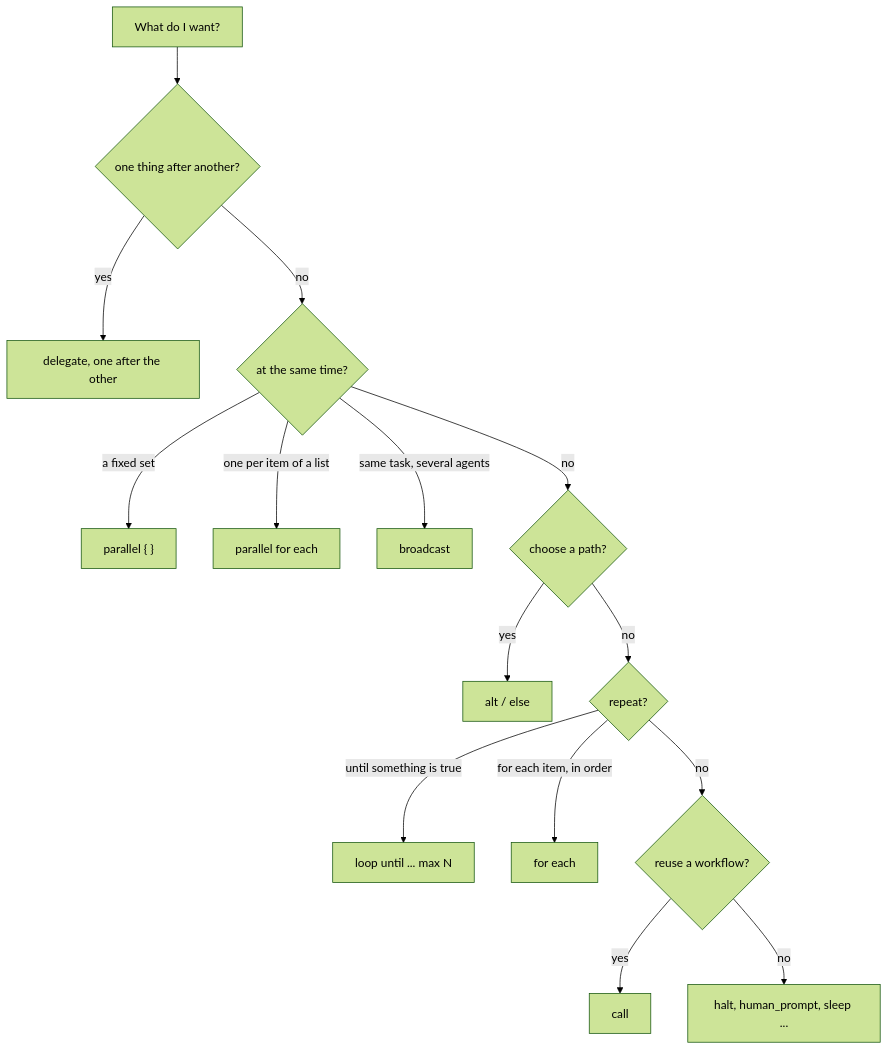
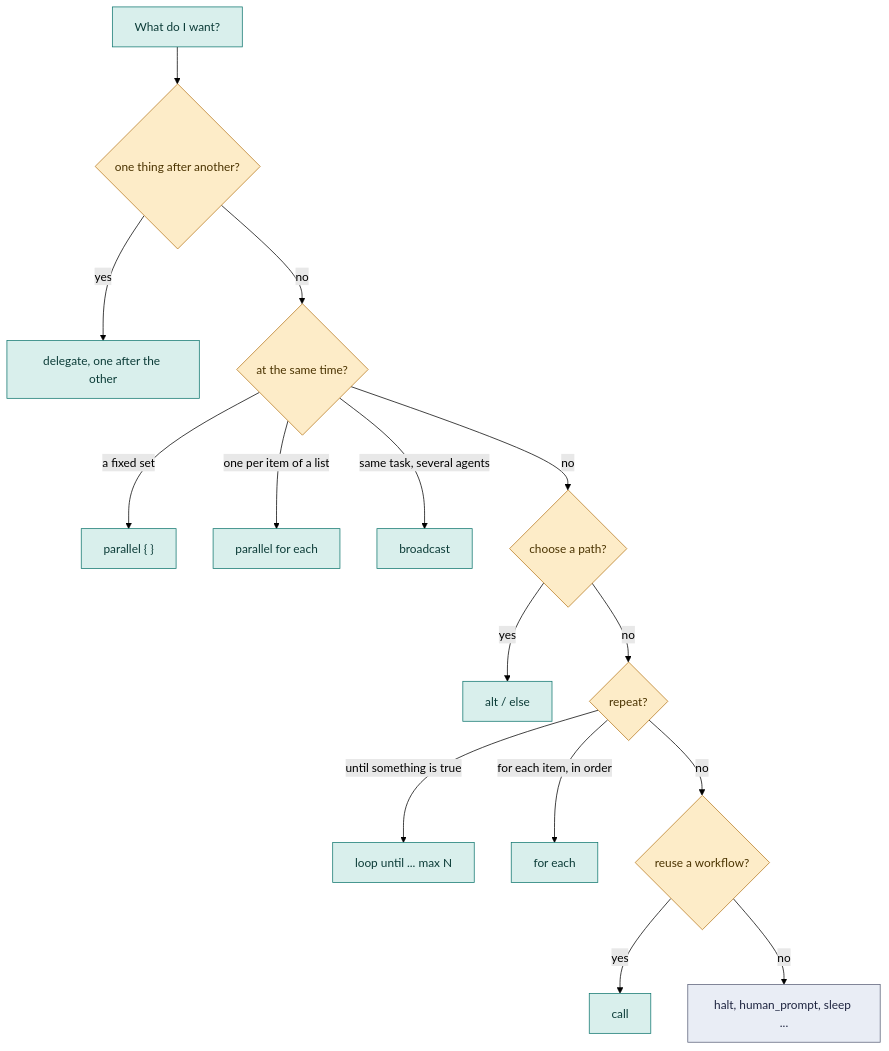
One commit to srijithunni7182/llm4j changed the first of 4 diagrams in docs/tutorial/04-control-flow.md. Above: the diagram before and after it, drawn with Mermaid (forest theme). The commit also changed other lines of this file and 13 other files, not shown here.

First line of the commit message:
docs: give the tutorial's diagrams meaningful colours

````diff
--- a/docs/tutorial/04-control-flow.md
+++ b/docs/tutorial/04-control-flow.md
@@ -24,17 +24,23 @@
 ```mermaid
 flowchart TD
   Q["What do I want?"] --> A{"one thing after another?"}
   A -- yes --> D["delegate, one after the other"]
   A -- no --> B{"at the same time?"}
   B -- "a fixed set" --> P["parallel { }"]
   B -- "one per item of a list" --> PF["parallel for each"]
   B -- "same task, several agents" --> BC["broadcast"]
   B -- no --> C{"choose a path?"}
   C -- yes --> AL["alt / else"]
   C -- no --> E{"repeat?"}
   E -- "until something is true" --> LP["loop until ... max N"]
   E -- "for each item, in order" --> FE["for each"]
   E -- no --> F{"reuse a workflow?"}
   F -- yes --> CL["call"]
   F -- no --> H["halt, human_prompt, sleep ..."]
+  classDef step fill:#d9efec,stroke:#0f766e,color:#0b3b37
+  classDef decision fill:#fdecc8,stroke:#b7791f,color:#4a3300
+  class Q,D,P,PF,BC,AL,LP,FE,CL step
+  class A,B,C,E,F decision
+  classDef edge fill:#e9edf5,stroke:#5a6078,color:#1f2540
+  class H edge
 ```
````
